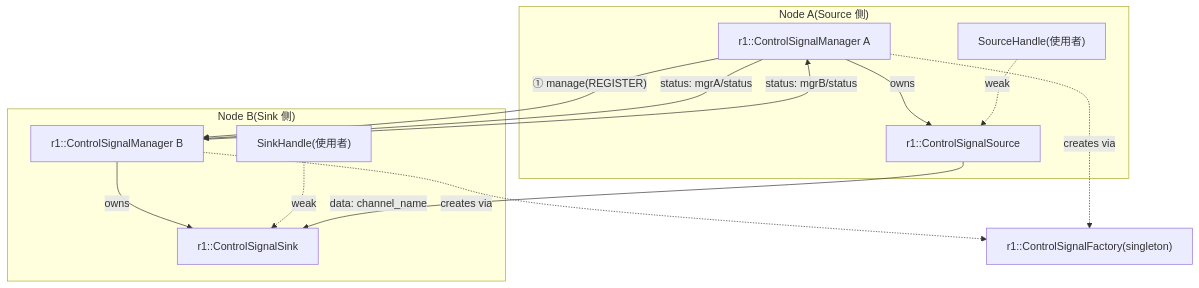
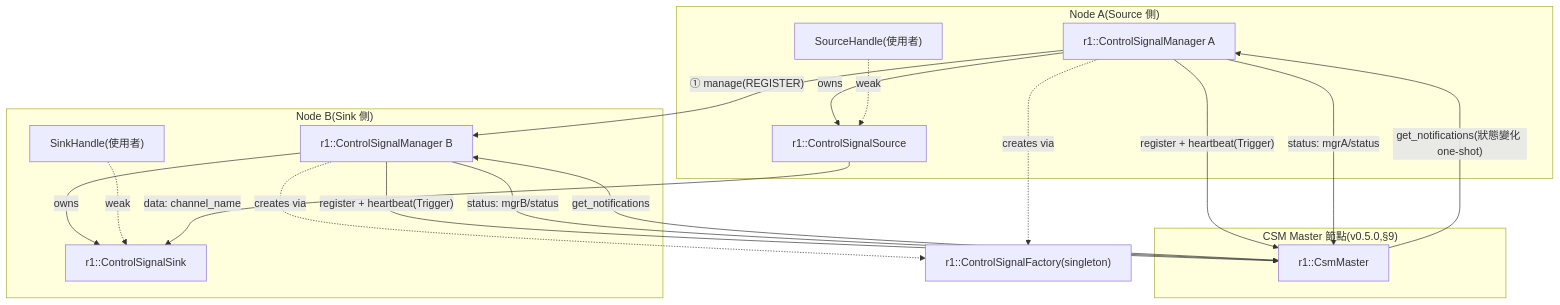
The first of 6 diagrams in r1_design_draft.md (cocobird231/rv2_project), drawn with Mermaid before and after one commit. The commit also changed other lines of this file, not shown here.

````diff
--- a/r1_design_draft.md
+++ b/r1_design_draft.md
@@ -158,24 +170,31 @@
 ```mermaid
 graph TB
     subgraph NodeA["Node A(Source 側)"]
         MA["r1::ControlSignalManager A"]
         SRC["r1::ControlSignalSource"]
         HA["SourceHandle(使用者)"]
         MA -->|owns| SRC
         HA -.weak.-> SRC
     end
     subgraph NodeB["Node B(Sink 側)"]
         MB["r1::ControlSignalManager B"]
         SNK["r1::ControlSignalSink"]
         HB["SinkHandle(使用者)"]
         MB -->|owns| SNK
         HB -.weak.-> SNK
     end
     MA -->|"① manage(REGISTER)"| MB
     SRC -->|"data: channel_name"| SNK
-    MB -->|"status: mgrB/status"| MA
-    MA -->|"status: mgrA/status"| MB
+    subgraph Master["CSM Master 節點(v0.5.0,§9)"]
+        CM["r1::CsmMaster"]
+    end
+    MA -->|"register + heartbeat(Trigger)"| CM
+    MB -->|"register + heartbeat(Trigger)"| CM
+    MA -->|"status: mgrA/status"| CM
+    MB -->|"status: mgrB/status"| CM
+    CM -->|"get_notifications(狀態變化 one-shot)"| MA
+    CM -->|"get_notifications"| MB
     F["r1::ControlSignalFactory(singleton)"]
     MA -.creates via.-> F
     MB -.creates via.-> F
 ```
````
